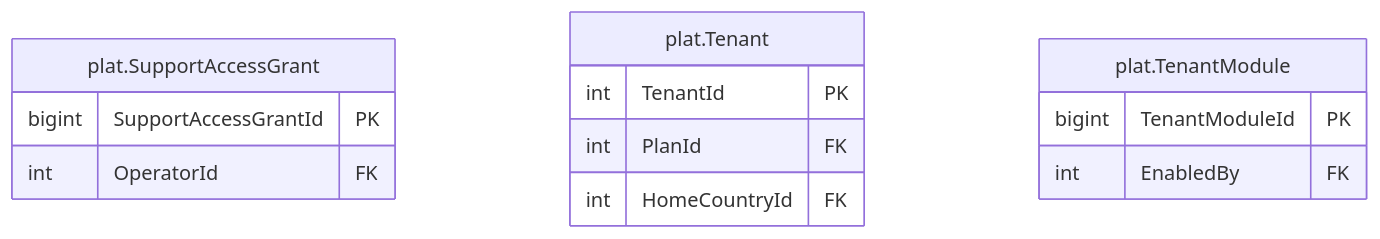
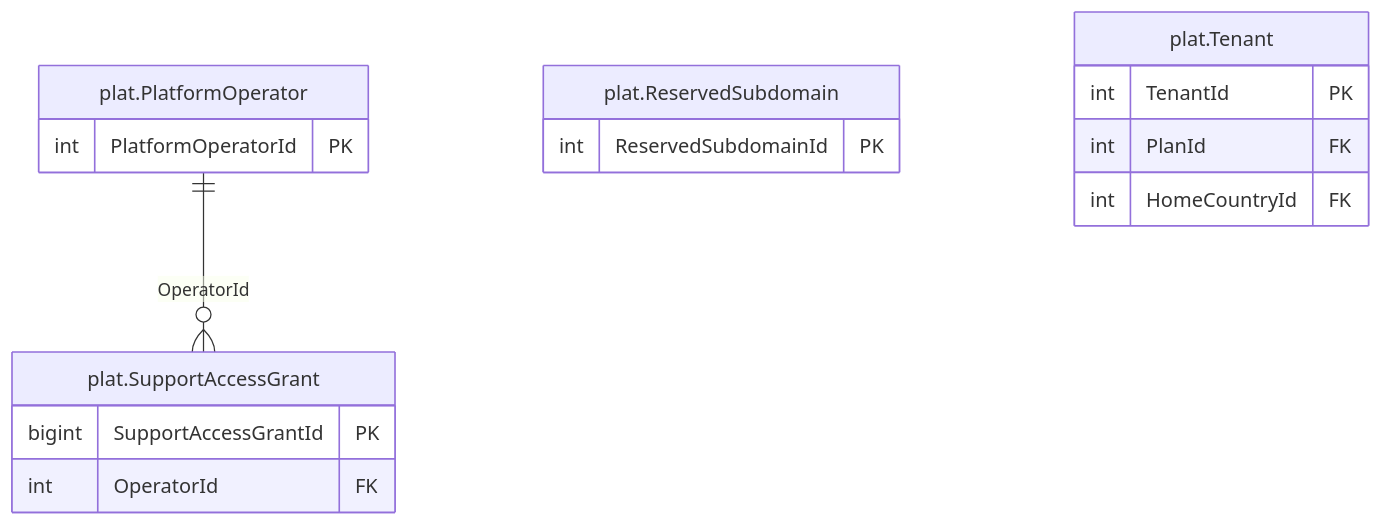
One commit to thawrasy/smartlines changed the diagram in treasury-platform/docs/diagrams/erd/m0_tenancy_2.mmd. Above: the diagram before and after it, drawn with Mermaid. The commit also changed 159 other files, not shown here.

```diff
--- a/treasury-platform/docs/diagrams/erd/m0_tenancy_2.mmd
+++ b/treasury-platform/docs/diagrams/erd/m0_tenancy_2.mmd
@@ -1,15 +1,18 @@
-%% م0 · المشترك والاشتراكات والمشغّلون (2/2) — Tenancy & platform operators
+%% م0 · المشترك والاشتراكات والمشغّلون (2/3) — Tenancy & platform operators
 erDiagram
+  plat_PlatformOperator["plat.PlatformOperator"] {
+    int PlatformOperatorId PK
+  }
+  plat_ReservedSubdomain["plat.ReservedSubdomain"] {
+    int ReservedSubdomainId PK
+  }
   plat_SupportAccessGrant["plat.SupportAccessGrant"] {
     bigint SupportAccessGrantId PK
     int OperatorId FK
   }
   plat_Tenant["plat.Tenant"] {
     int TenantId PK
     int PlanId FK
     int HomeCountryId FK
   }
-  plat_TenantModule["plat.TenantModule"] {
-    bigint TenantModuleId PK
-    int EnabledBy FK
-  }
+  plat_PlatformOperator ||--o{ plat_SupportAccessGrant : "OperatorId"
```
